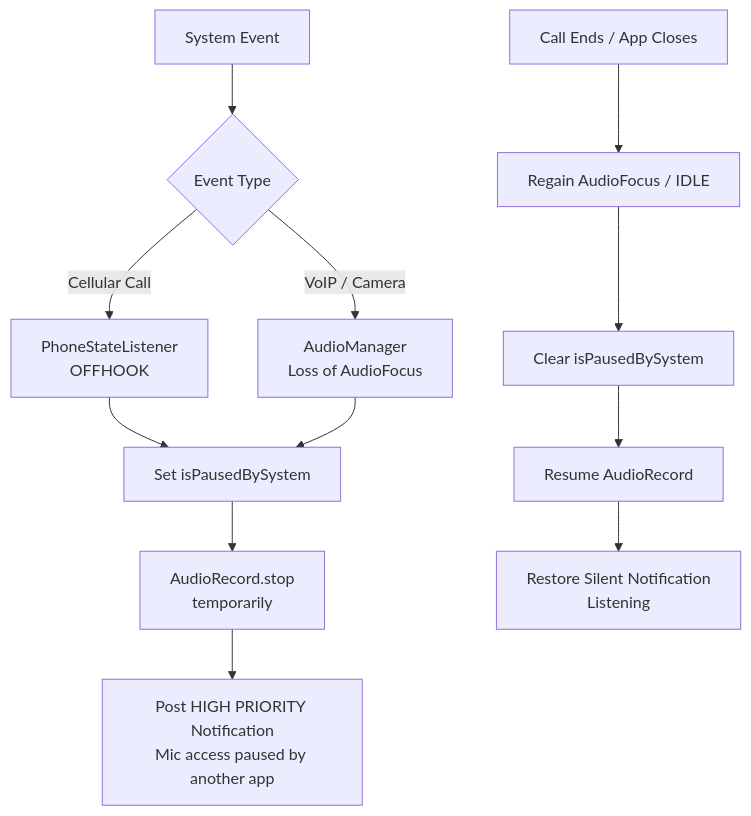
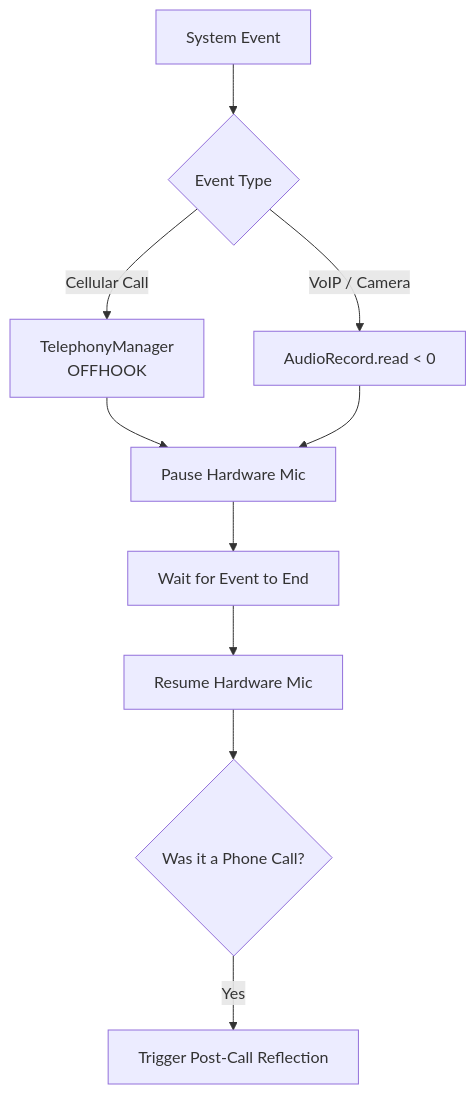
The diagram in 08 - Feature_ Ambient Listening.md (AtharvRG/Mine), drawn with Mermaid before and after one commit. The commit also changed other lines of this file and 18 other files, not shown here.

Commit message:
Update infrastructure and architecture documentation to reflect new system design, including the 3-Key Architecture for API usage, local vector database integration, and updated component stack.

````diff
--- a/08 - Feature_ Ambient Listening.md
+++ b/08 - Feature_ Ambient Listening.md
@@ -39,18 +9,15 @@
 ```mermaid
 flowchart TD
-  A[System Event] --> B{Event Type}
-  
-  B -->|Cellular Call| C[PhoneStateListener<br/>OFFHOOK]
-  B -->|VoIP / Camera| D[AudioManager<br/>Loss of AudioFocus]
-  
-  C --> E[Set isPausedBySystem]
-  D --> E
-  
-  E --> F[AudioRecord.stop<br/>temporarily]
-  F --> G[Post HIGH PRIORITY Notification<br/>Mic access paused by another app]
-  
-  H[Call Ends / App Closes] --> I[Regain AudioFocus / IDLE]
-  I --> J[Clear isPausedBySystem]
-  J --> K[Resume AudioRecord]
-  K --> L[Restore Silent Notification<br/>Listening]
+A[System Event] --> B{Event Type}
+
+B -->|Cellular Call| C[TelephonyManager<br/>OFFHOOK]
+B -->|VoIP / Camera| D[AudioRecord.read < 0]
+
+C --> E[Pause Hardware Mic]
+D --> E
+
+E --> F[Wait for Event to End]
+F --> G[Resume Hardware Mic]
+G --> H{Was it a Phone Call?}
+H -->|Yes| I[Trigger Post-Call Reflection]
 ```
````
